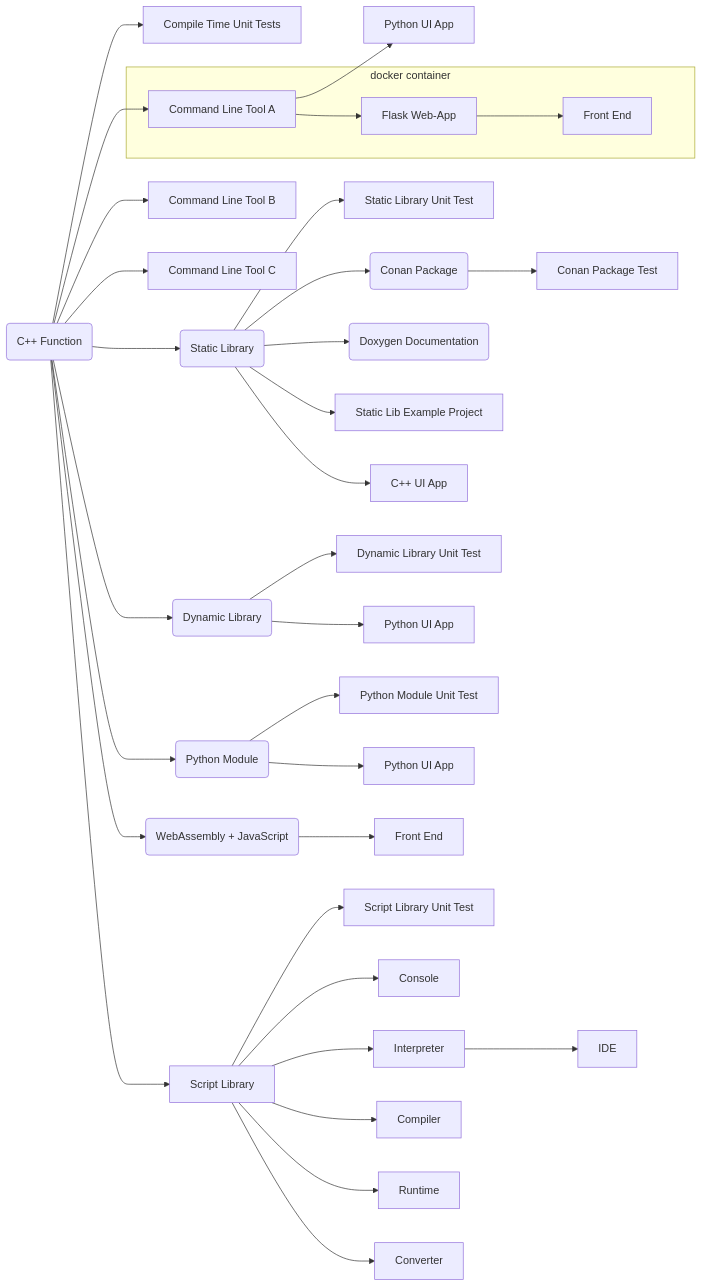
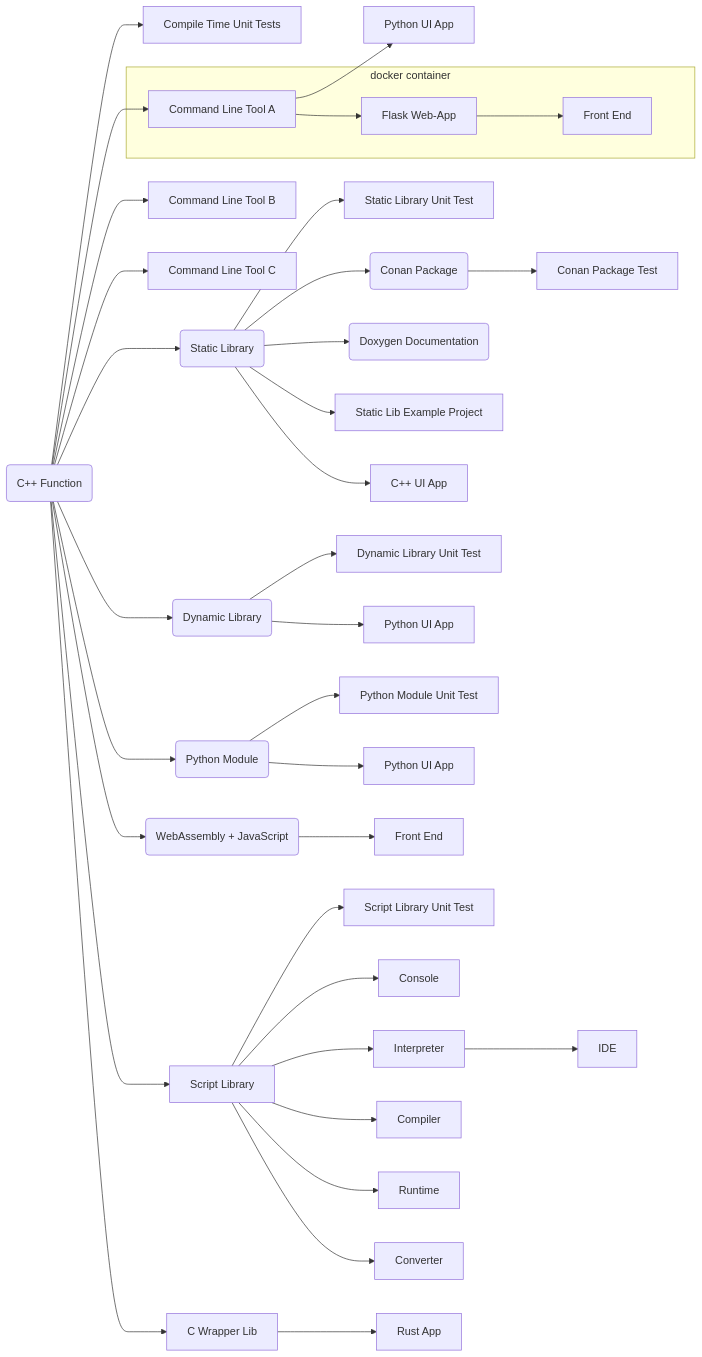
One commit to SebastianBach/full-stack changed the diagram in README.md. Above: the diagram before and after it, drawn with Mermaid. The commit also changed other lines of this file and 8 other files, not shown here.

Commit message:
c wrapper and rust app

````diff
--- a/README.md
+++ b/README.md
@@ -42,50 +43,53 @@
 ```mermaid
   flowchart LR;
 
     F(C++ Function) --> CUT[Compile Time Unit Tests];
 
     F --> CLI1[Command Line Tool A]
     F --> CLI2[Command Line Tool B]
     F --> CLI3[Command Line Tool C]
 
     CLI1 --> PYAPP2[Python UI App]
 
     F --> LIB(Static Library)
 
     LIB --> LIBTEST[Static Library Unit Test]
     LIB --> C(Conan Package)
     LIB --> DOXYGEN(Doxygen Documentation)
     LIB --> LIBEX[Static Lib Example Project]
 
     LIB --> QTCPP[C++ UI App]
 
     F --> DLL(Dynamic Library)
     DLL --> DLLTEST[Dynamic Library Unit Test]
     DLL --> QTPYDLL[Python UI App]
 
     C --> CT[Conan Package Test]
 
     F --> PY(Python Module)
 
     subgraph docker container
     CLI1 --> SERVER[Flask Web-App]
     SERVER --> FRONT[Front End]
     end
 
     PY --> PYTEST[Python Module Unit Test]
     PY --> PYAPP[Python UI App]
 
     F --> WASM(WebAssembly + JavaScript)
 
     WASM --> WASMF[Front End]
 
     F --> SCRIPTLIB[Script Library]
 
     SCRIPTLIB --> SCRIPT_TEST[Script Library Unit Test]
     SCRIPTLIB --> SCRIPT_CONSOLE[Console]
     SCRIPTLIB --> SCRIPT_INTERPRETER[Interpreter]
     SCRIPT_INTERPRETER --> SCRIPT_IDE[IDE]
     SCRIPTLIB --> SCRIPT_COMPILER[Compiler]
     SCRIPTLIB --> SCRIPT_RUNTIME[Runtime]
     SCRIPTLIB --> SCRIPT_CONVERT[Converter]
+
+    F --> CWRAPPER[C Wrapper Lib]
+    CWRAPPER --> RUST_APP[Rust App]  
 ```
````
